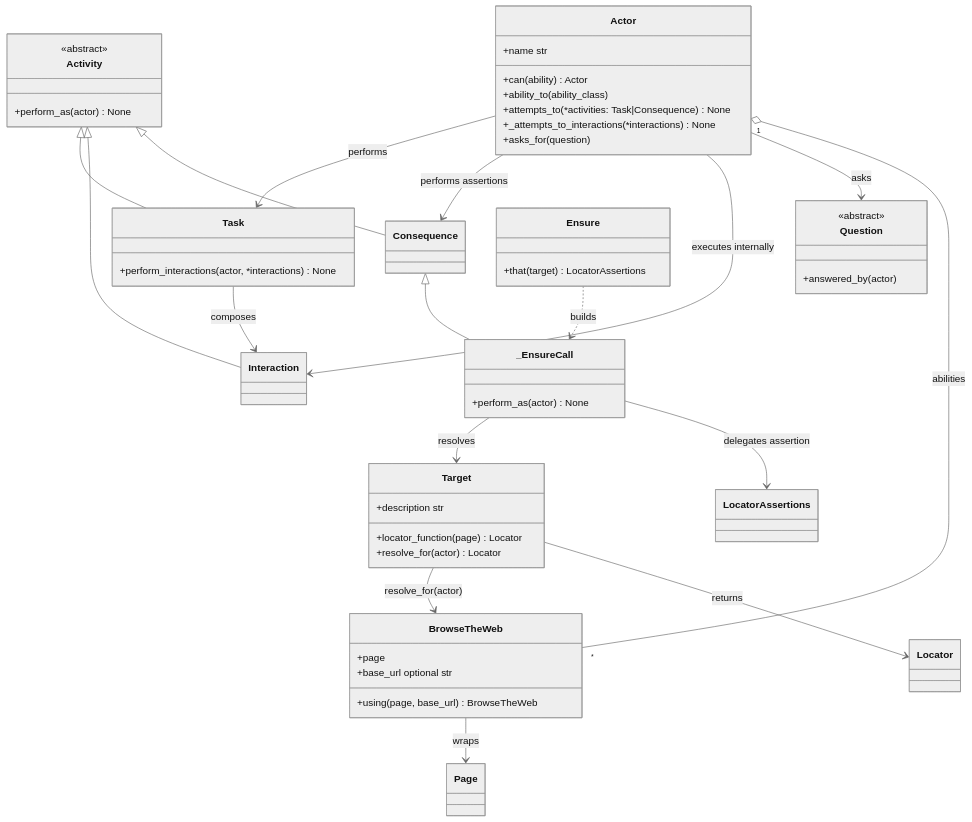
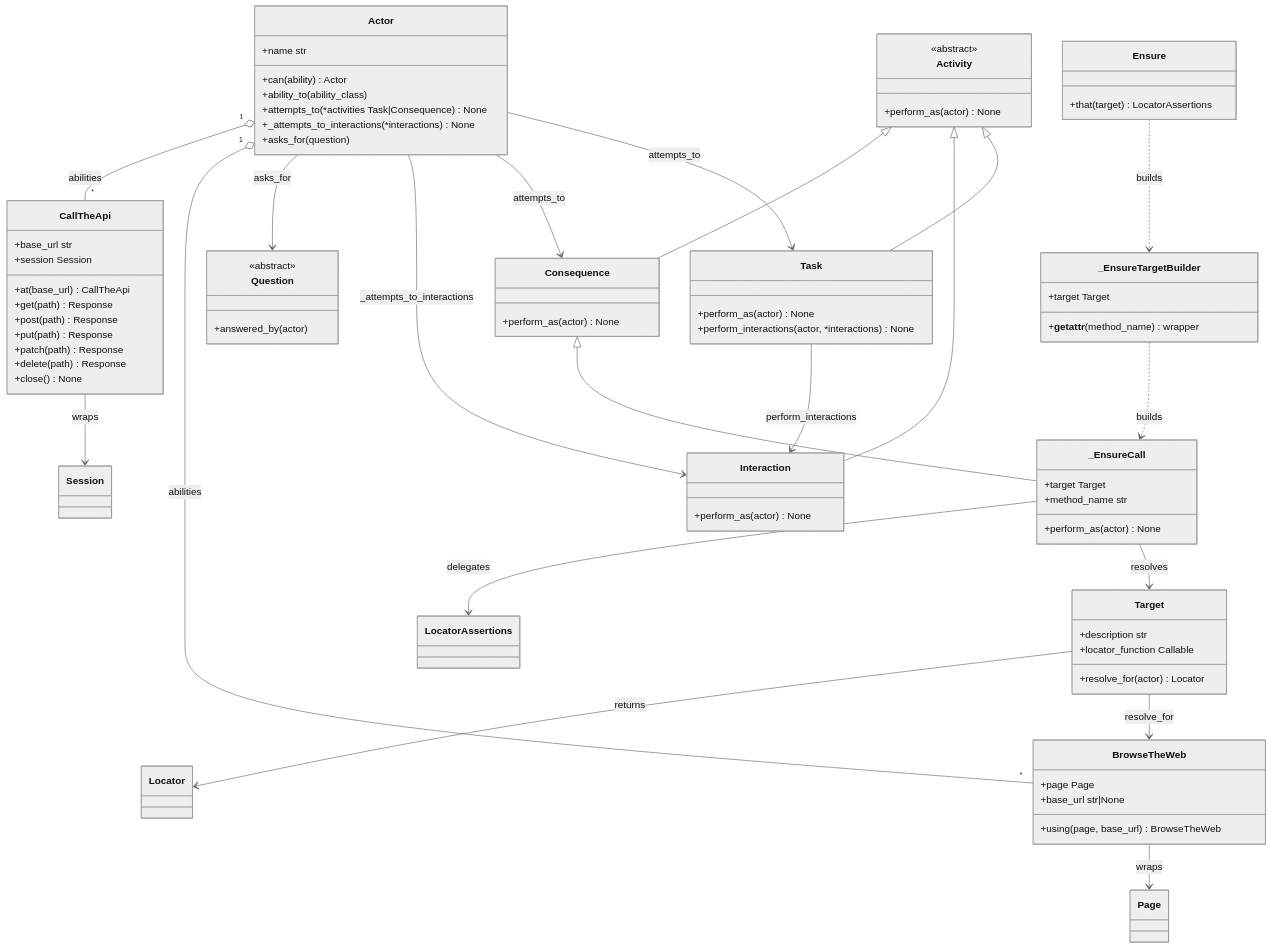
One commit to stansiris/playwright-pytest-screenplay-framework changed the second of 8 diagrams in docs/architecture.md. Above: the diagram before and after it, drawn with Mermaid (neutral theme). The commit also changed other lines of this file and 4 other files, not shown here.

````diff
--- a/docs/architecture.md
+++ b/docs/architecture.md
@@ -90,10 +64,17 @@
   }
 
   class Task {
+    +perform_as(actor) None
     +perform_interactions(actor, *interactions) None
   }
-  class Interaction
-  class Consequence
+
+  class Interaction {
+    +perform_as(actor) None
+  }
+
+  class Consequence {
+    +perform_as(actor) None
+  }
 
   class Question {
     <<abstract>>
@@ -104,49 +85,72 @@
     +name str
     +can(ability) Actor
     +ability_to(ability_class)
-    +attempts_to(*activities: Task|Consequence) None
+    +attempts_to(*activities Task|Consequence) None
     +_attempts_to_interactions(*interactions) None
     +asks_for(question)
   }
 
   class Target {
     +description str
-    +locator_function(page) Locator
+    +locator_function Callable
     +resolve_for(actor) Locator
   }
 
   class BrowseTheWeb {
-    +page
-    +base_url optional str
+    +page Page
+    +base_url str|None
     +using(page, base_url) BrowseTheWeb
+  }
+
+  class CallTheApi {
+    +base_url str
+    +session Session
+    +at(base_url) CallTheApi
+    +get(path) Response
+    +post(path) Response
+    +put(path) Response
+    +patch(path) Response
+    +delete(path) Response
+    +close() None
   }
 
   class Ensure {
     +that(target) LocatorAssertions
   }
 
+  class _EnsureTargetBuilder {
+    +target Target
+    +__getattr__(method_name) wrapper
+  }
+
   class _EnsureCall {
+    +target Target
+    +method_name str
     +perform_as(actor) None
   }
-
-  class Page
-  class Locator
-  class LocatorAssertions
 
   Activity <|-- Task
   Activity <|-- Interaction
   Activity <|-- Consequence
   Consequence <|-- _EnsureCall
-  Actor --> Task : performs
-  Actor --> Consequence : performs assertions
-  Actor --> Interaction : executes internally
-  Actor --> Question : asks
-  Task --> Interaction : composes
+
+  Actor --> Task : attempts_to
+  Actor --> Consequence : attempts_to
+  Actor --> Interaction : _attempts_to_interactions
+  Actor --> Question : asks_for
   Actor "1" o-- "*" BrowseTheWeb : abilities
-  Target --> BrowseTheWeb : resolve_for(actor)
+  Actor "1" o-- "*" CallTheApi : abilities
+
+  Task --> Interaction : perform_interactions
+
+  Target --> BrowseTheWeb : resolve_for
   Target --> Locator : returns
-  Ensure ..> _EnsureCall : builds
+
+  Ensure ..> _EnsureTargetBuilder : builds
+  _EnsureTargetBuilder ..> _EnsureCall : builds
   _EnsureCall --> Target : resolves
-  _EnsureCall --> LocatorAssertions : delegates assertion
+  _EnsureCall --> LocatorAssertions : delegates
+
   BrowseTheWeb --> Page : wraps
+  CallTheApi --> Session : wraps
 ```
````
